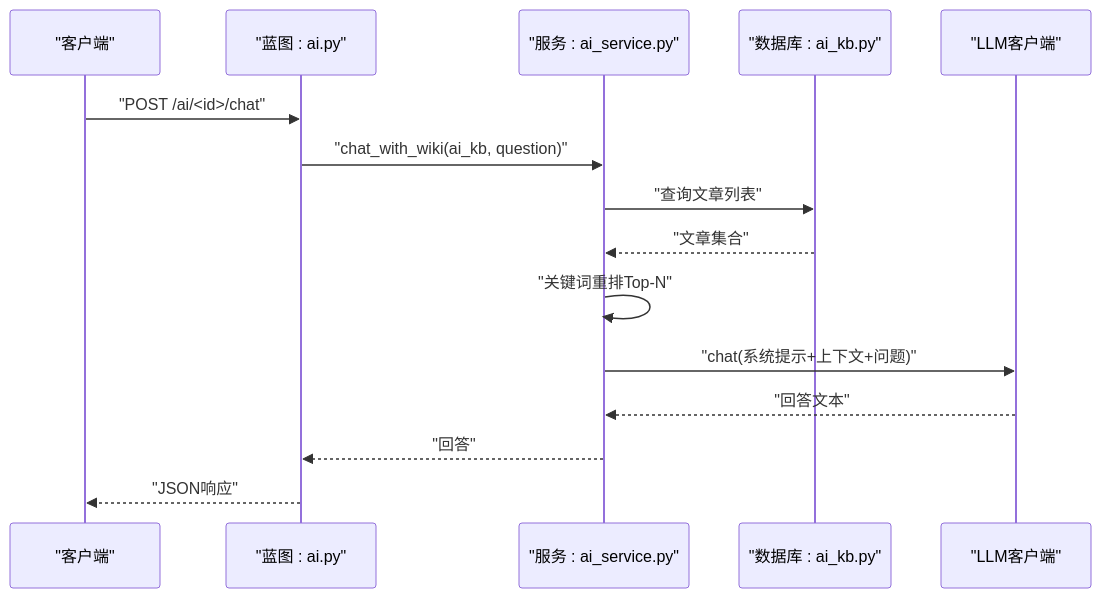
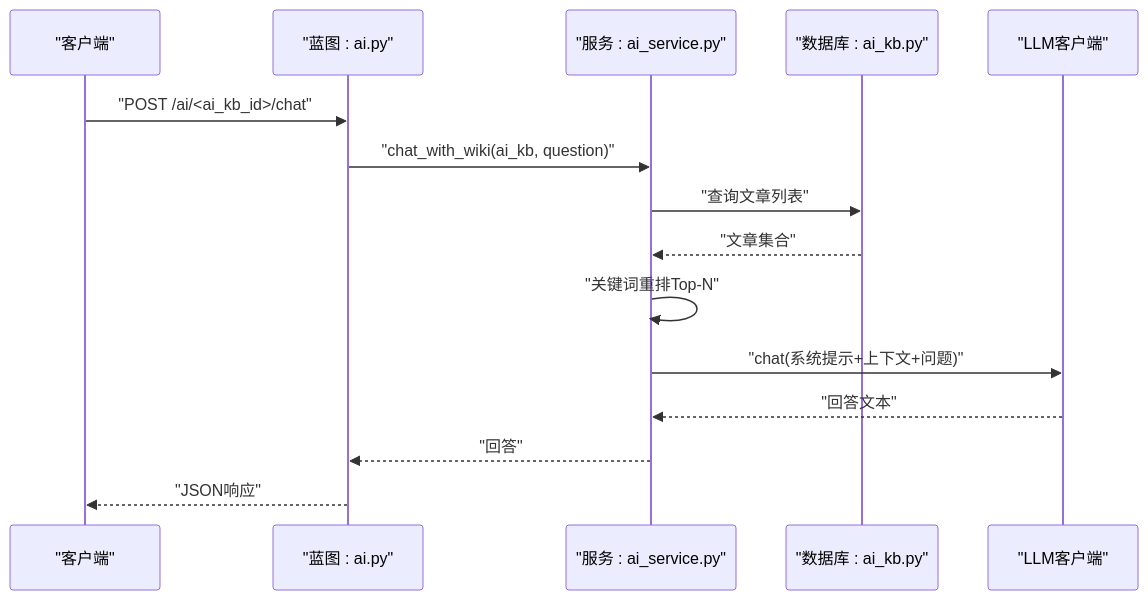
Before and after one commit to beyondalbert/my_wiki: the seventh of 11 diagrams in .qoder/repowiki/zh/content/核心模块/AI知识库模块/AI知识库服务层.md, drawn with Mermaid. The commit also changed other lines of this file and 21 other files, not shown here.

````diff
--- a/.qoder/repowiki/zh/content/核心模块/AI知识库模块/AI知识库服务层.md
+++ b/.qoder/repowiki/zh/content/核心模块/AI知识库模块/AI知识库服务层.md
@@ -261,17 +272,17 @@
 ```mermaid
 sequenceDiagram
 participant Client as "客户端"
 participant BP as "蓝图 : ai.py"
 participant Svc as "服务 : ai_service.py"
 participant DB as "数据库 : ai_kb.py"
 participant LLM as "LLM客户端"
-Client->>BP : "POST /ai/<id>/chat"
+Client->>BP : "POST /ai/<ai_kb_id>/chat"
 BP->>Svc : "chat_with_wiki(ai_kb, question)"
 Svc->>DB : "查询文章列表"
 DB-->>Svc : "文章集合"
 Svc->>Svc : "关键词重排Top-N"
 Svc->>LLM : "chat(系统提示+上下文+问题)"
 LLM-->>Svc : "回答文本"
 Svc-->>BP : "回答"
 BP-->>Client : "JSON响应"
 ```
````
